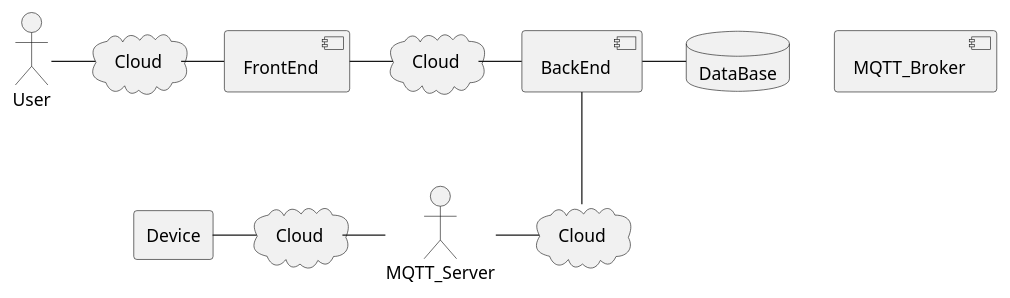
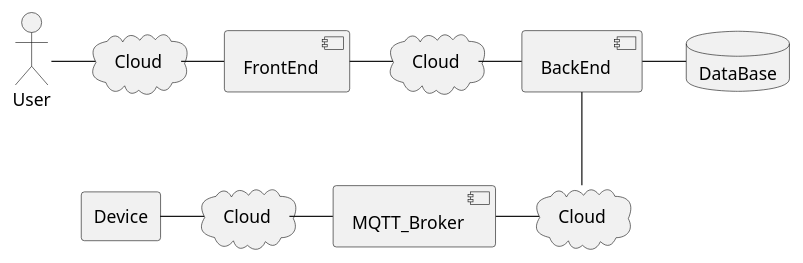
The diagram in comiot/Diagrams/DGeneralDescription.puml (hectorgastaminza/Iot), drawn with PlantUML before and after one commit. The commit also changed 2 other files, not shown here.

```diff
--- a/comiot/Diagrams/DGeneralDescription.puml
+++ b/comiot/Diagrams/DGeneralDescription.puml
@@ -1,22 +1,22 @@
 @startuml
 actor User
 component FrontEnd
 component BackEnd
 component MQTT_Broker
 database DataBase
 cloud Cloud as C1
 cloud Cloud as C2
 cloud Cloud as C3
 cloud Cloud as C4
 agent Device
 
 User -right- C1
 C1 -right- FrontEnd
 FrontEnd -right- C2
 C2 -right- BackEnd  
 BackEnd -right- DataBase
 BackEnd -down- C3
-C3 -left- MQTT_Server
-MQTT_Server -left- C4
+C3 -left- MQTT_Broker
+MQTT_Broker -left- C4
 C4 -left- Device
 @enduml
```
